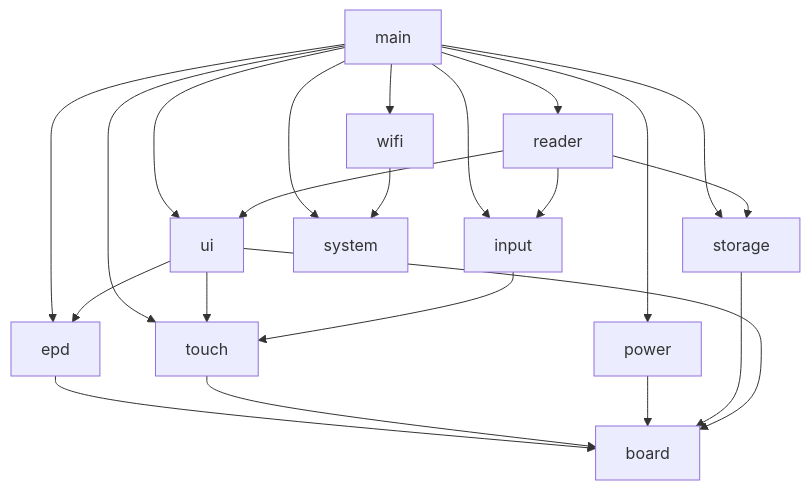
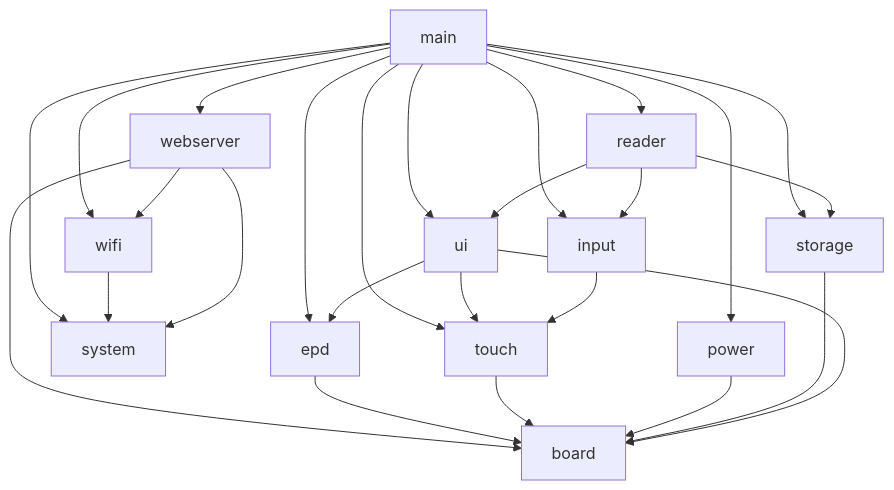
The second of 2 diagrams in README.md (xiaobaoaaaaaa/ESPaperPlay), drawn with Mermaid before and after one commit. The commit also changed other lines of this file and 8 other files, not shown here.

````diff
--- a/README.md
+++ b/README.md
@@ -198,29 +225,33 @@
 ```mermaid
 graph TD
     main[main] --> reader[reader]
     main --> ui[ui]
     main --> input[input]
     main --> power[power]
     main --> storage[storage]
     main --> system[system]
     main --> wifi[wifi]
+    main --> webserver[webserver]
     main --> touch[touch]
     main --> epd[epd]
 
     wifi --> system
+    webserver --> system
+    webserver --> wifi
+    webserver --> board
 
     reader --> ui
     reader --> input
     reader --> storage
 
     ui --> epd
     ui --> touch
 
     input --> touch
 
     epd --> board[board]
     touch --> board
     power --> board
     storage --> board
     ui --> board
 ```
````
